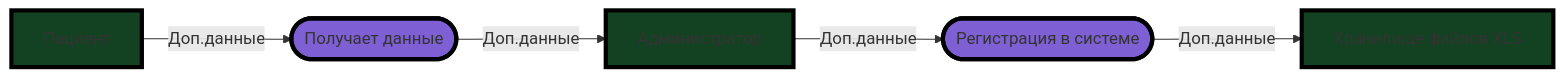
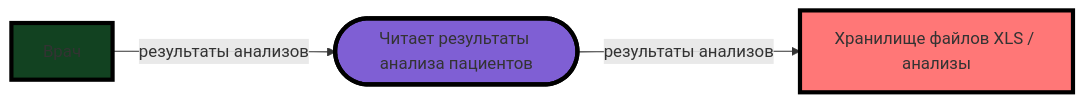
Before and after one commit to belyaev-a-g/architecture-medikamente: the third of 9 diagrams in Task_1/Readme.md, drawn with Mermaid. The commit also changed other lines of this file, not shown here.

````diff
--- a/Task_1/Readme.md
+++ b/Task_1/Readme.md
@@ -64,11 +65,11 @@
 ```mermaid
 flowchart LR
     classDef action fill:#7F5FD4, stroke:#000, stroke-width:4px
     classDef entity fill:#124221, stroke:#000, stroke-width:4px
-    pacient[Пациент]:::entity
-    admin[Администратор]:::entity
-    xls_share[Хранилище файлов XLS]:::entity
-    register([Регистрация в системе]):::action
-    get([Получает данные]):::action
-    pacient--"Доп.данные"--> get--"Доп.данные"--> admin --"Доп.данные"--> register--"Доп.данные"-->xls_share    
+    classDef share fill:#FF7777 , stroke:#000, stroke-width:4px
+    
+    xls_share[Хранилище файлов XLS / анализы]:::share
+    edit([Читает результаты анализа пациентов]):::action
+    doctor[Врач]:::entity
+    doctor--"результаты анализов"--> edit--"результаты анализов"-->xls_share
 ```
````
